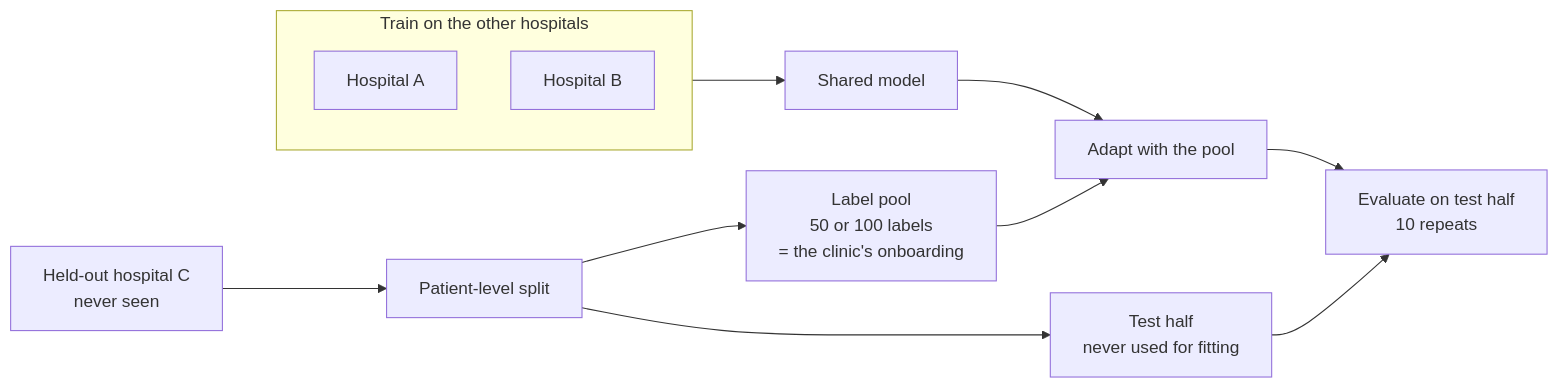
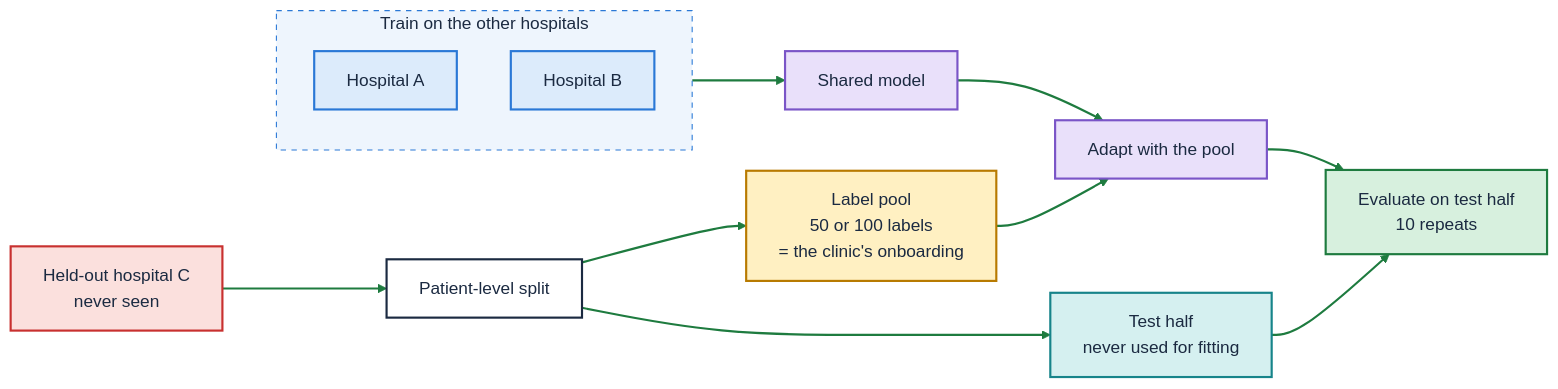
One commit to hrdk6/Neural-Storm-Hackathon changed the sixth of 8 diagrams in README.md. Above: the diagram before and after it, drawn with Mermaid. The commit also changed other lines of this file, not shown here.

````diff
--- a/README.md
+++ b/README.md
@@ -217,15 +261,24 @@
 ```mermaid
 flowchart LR
+    classDef data fill:#DCEBFB,stroke:#2A78D6,stroke-width:2px,color:#1B2A41
+    classDef model fill:#E9E0FA,stroke:#7A55C7,stroke-width:2px,color:#1B2A41
+    classDef good fill:#D7F0DE,stroke:#1E7B3F,stroke-width:2px,color:#1B2A41
+    classDef warn fill:#FFF0C2,stroke:#B87A00,stroke-width:2px,color:#1B2A41
+    classDef bad fill:#FBE0DD,stroke:#C8302F,stroke-width:2px,color:#1B2A41
+    classDef info fill:#D5F0F0,stroke:#17848A,stroke-width:2px,color:#1B2A41
+    classDef gate fill:#FFFFFF,stroke:#1B2A41,stroke-width:2px,color:#1B2A41
     subgraph Train["Train on the other hospitals"]
-        T1["Hospital A"]
-        T2["Hospital B"]
+        T1["Hospital A"]:::data
+        T2["Hospital B"]:::data
     end
-    H["Held-out hospital C<br/>never seen"] --> Sp["Patient-level split"]
-    Sp --> Pool["Label pool<br/>50 or 100 labels<br/>= the clinic's onboarding"]
-    Sp --> Test["Test half<br/>never used for fitting"]
-    Train --> Mdl["Shared model"]
-    Mdl --> Ad["Adapt with the pool"]
+    style Train fill:#EEF5FD,stroke:#2A78D6,stroke-dasharray: 5 5,color:#1B2A41
+    H["Held-out hospital C<br/>never seen"]:::bad --> Sp["Patient-level split"]:::gate
+    Sp --> Pool["Label pool<br/>50 or 100 labels<br/>= the clinic's onboarding"]:::warn
+    Sp --> Test["Test half<br/>never used for fitting"]:::info
+    Train --> Mdl["Shared model"]:::model
+    Mdl --> Ad["Adapt with the pool"]:::model
     Pool --> Ad
-    Ad --> Ev["Evaluate on test half<br/>10 repeats"]
+    Ad --> Ev["Evaluate on test half<br/>10 repeats"]:::good
     Test --> Ev
+    linkStyle default stroke:#1E7B3F,stroke-width:2px
 ```
````
